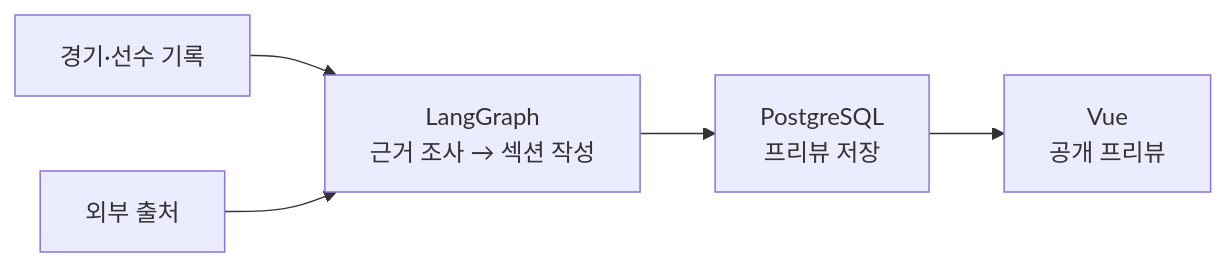
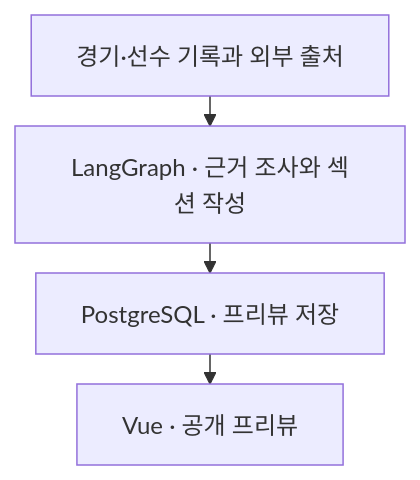
The diagram in README.md (lebind12/lebind12), drawn with Mermaid before and after one commit.

Commit message:
docs: improve preview diagram readability on mobile

````diff
--- a/README.md
+++ b/README.md
@@ -13,7 +13,11 @@
 ```mermaid
-flowchart LR
-    Match["경기·선수 기록"] --> Generate["LangGraph<br/>근거 조사 → 섹션 작성"]
-    Sources["외부 출처"] --> Generate
-    Generate --> Store["PostgreSQL<br/>프리뷰 저장"]
-    Store --> Site["Vue<br/>공개 프리뷰"]
+---
+config:
+  flowchart:
+    rankSpacing: 20
+---
+flowchart TB
+    Inputs["경기·선수 기록과 외부 출처"] --> Generate["LangGraph · 근거 조사와 섹션 작성"]
+    Generate --> Store["PostgreSQL · 프리뷰 저장"]
+    Store --> Site["Vue · 공개 프리뷰"]
 ```
````
